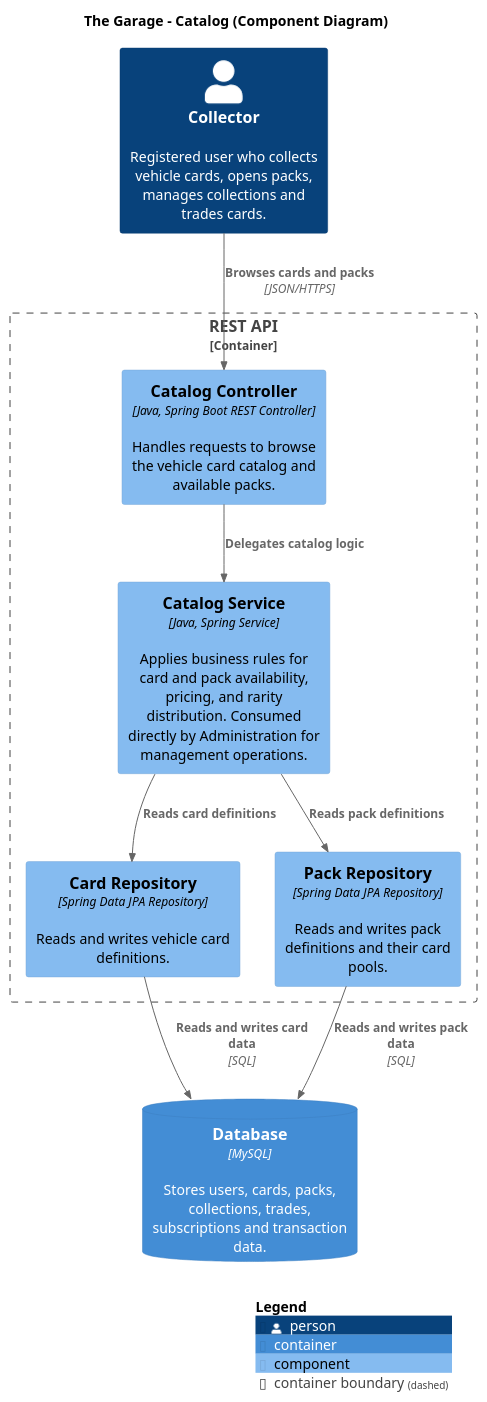
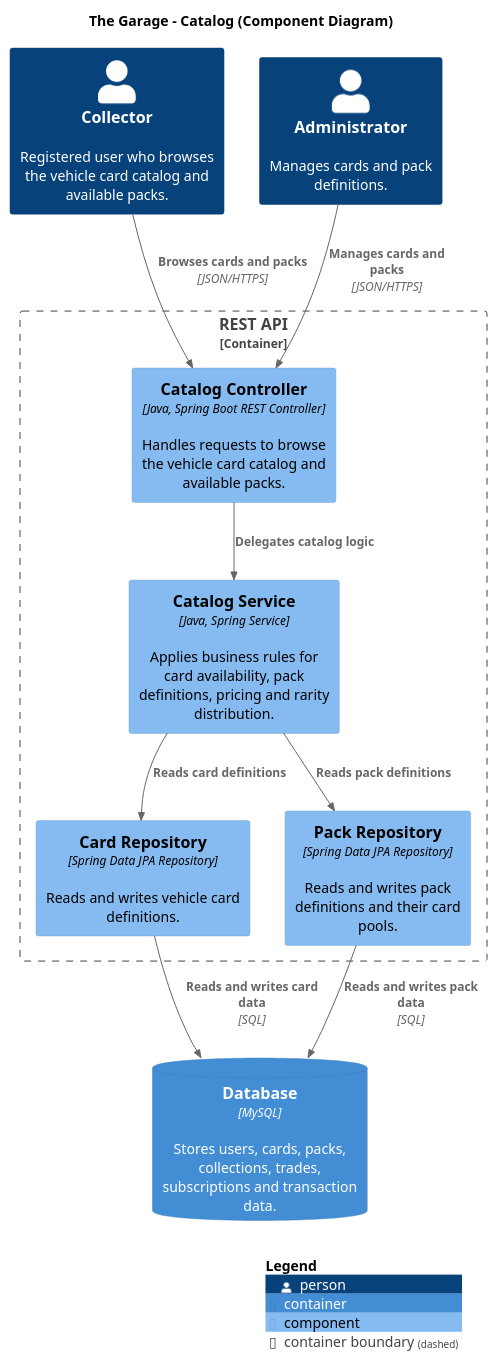
One commit to the-garage-studio/the-garage-c4-model-design changed the diagram in diagrams/ComponentDiagrams/Catalog-ComponentDiagram.puml. Above: the diagram before and after it, drawn with PlantUML.

Commit message:
feat: update catalog component diagram

```diff
--- a/diagrams/ComponentDiagrams/Catalog-ComponentDiagram.puml
+++ b/diagrams/ComponentDiagrams/Catalog-ComponentDiagram.puml
@@ -1,36 +1,37 @@
 @startuml Catalog-ComponentDiagram
 !include https://raw.githubusercontent.com/plantuml-stdlib/C4-PlantUML/master/C4_Component.puml
 
 LAYOUT_WITH_LEGEND()
 
 title The Garage - Catalog (Component Diagram)
 
-Person(collector, "Collector", "Registered user who collects vehicle cards, opens packs, manages collections and trades cards.")
+Person(collector, "Collector", "Registered user who browses the vehicle card catalog and available packs.")
+Person(admin, "Administrator", "Manages cards and pack definitions.")
 
 Container_Boundary(api, "REST API") {
 
     Component(catalog_controller, "Catalog Controller", "Java, Spring Boot REST Controller", "Handles requests to browse the vehicle card catalog and available packs.")
 
-    Component(catalog_service, "Catalog Service", "Java, Spring Service", "Applies business rules for card and pack availability, pricing, and rarity distribution. Consumed directly by Administration for management operations.")
+    Component(catalog_service, "Catalog Service", "Java, Spring Service", "Applies business rules for card availability, pack definitions, pricing and rarity distribution.")
 
     Component(card_repository, "Card Repository", "Spring Data JPA Repository", "Reads and writes vehicle card definitions.")
+
     Component(pack_repository, "Pack Repository", "Spring Data JPA Repository", "Reads and writes pack definitions and their card pools.")
-
 }
 
 ContainerDb(database, "Database", "MySQL", "Stores users, cards, packs, collections, trades, subscriptions and transaction data.")
 
 Rel(collector, catalog_controller, "Browses cards and packs", "JSON/HTTPS")
+Rel(admin, catalog_controller, "Manages cards and packs", "JSON/HTTPS")
 
 Rel(catalog_controller, catalog_service, "Delegates catalog logic")
 
 Rel(catalog_service, card_repository, "Reads card definitions")
 Rel(catalog_service, pack_repository, "Reads pack definitions")
 
-
 Rel(card_repository, database, "Reads and writes card data", "SQL")
 Rel(pack_repository, database, "Reads and writes pack data", "SQL")
 
+SHOW_LEGEND()
 
-SHOW_LEGEND()
 @enduml
```
